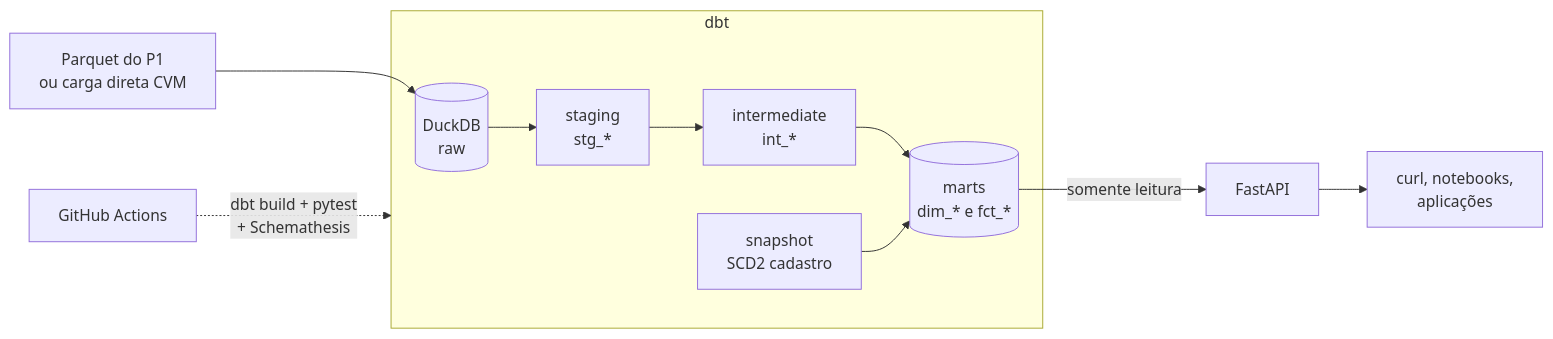
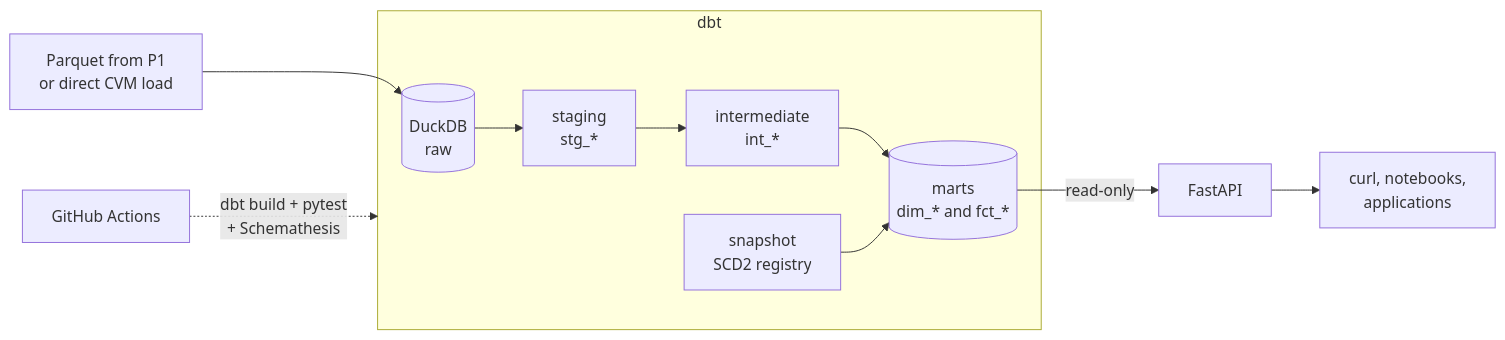
Before and after one commit to thalesreiser/dbt-dw-api: the first of 2 diagrams in README.md, drawn with Mermaid. The commit also changed other lines of this file and 32 other files, not shown here.

````diff
--- a/README.md
+++ b/README.md
@@ -26,13 +24,13 @@
 ```mermaid
 flowchart LR
-  SRC[Parquet do P1<br/>ou carga direta CVM] --> RAW[(DuckDB<br/>raw)]
+  SRC[Parquet from P1<br/>or direct CVM load] --> RAW[(DuckDB<br/>raw)]
   subgraph dbt
     RAW --> STG[staging<br/>stg_*]
     STG --> INT[intermediate<br/>int_*]
-    INT --> MART[(marts<br/>dim_* e fct_*)]
-    SNAP[snapshot<br/>SCD2 cadastro] --> MART
+    INT --> MART[(marts<br/>dim_* and fct_*)]
+    SNAP[snapshot<br/>SCD2 registry] --> MART
   end
-  MART -->|somente leitura| API[FastAPI]
-  API --> CLI[curl, notebooks,<br/>aplicações]
+  MART -->|read-only| API[FastAPI]
+  API --> CLI[curl, notebooks,<br/>applications]
   GH[GitHub Actions] -.->|dbt build + pytest<br/>+ Schemathesis| dbt
 ```
````
